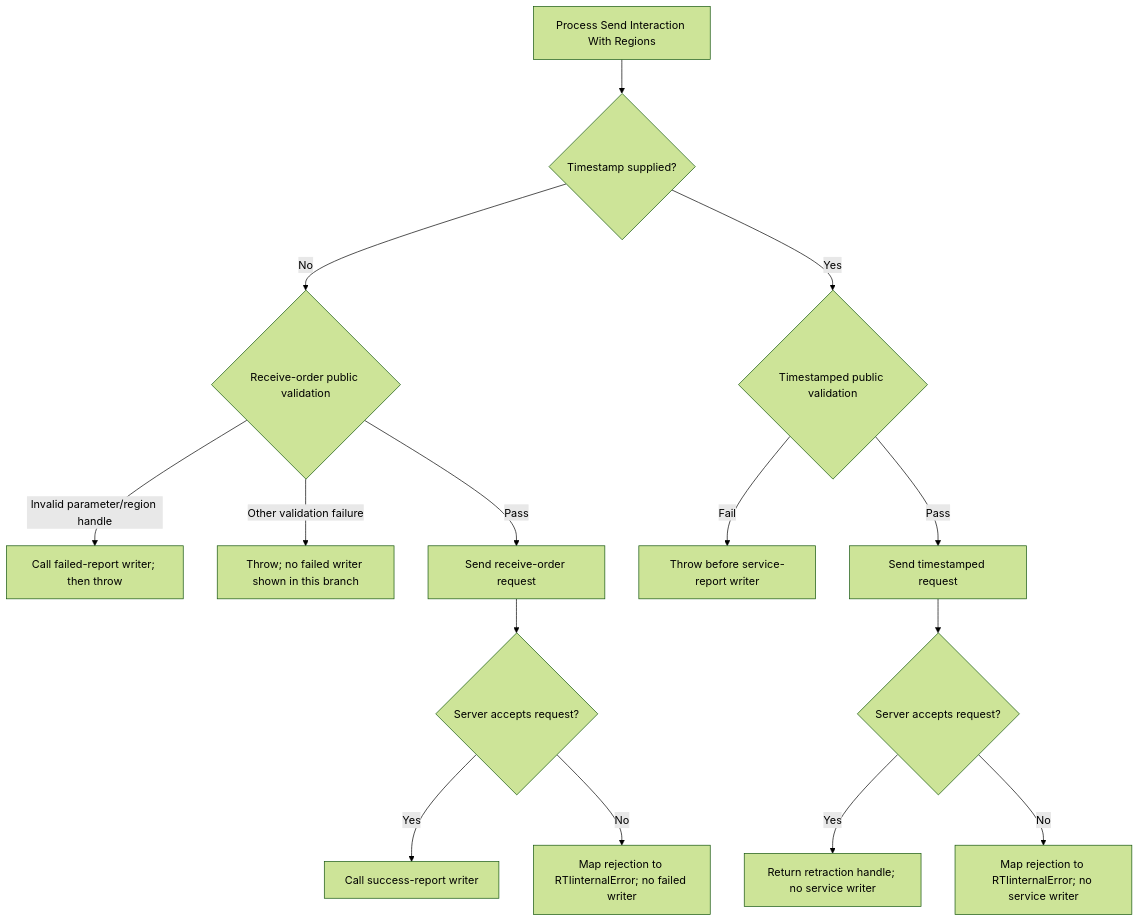
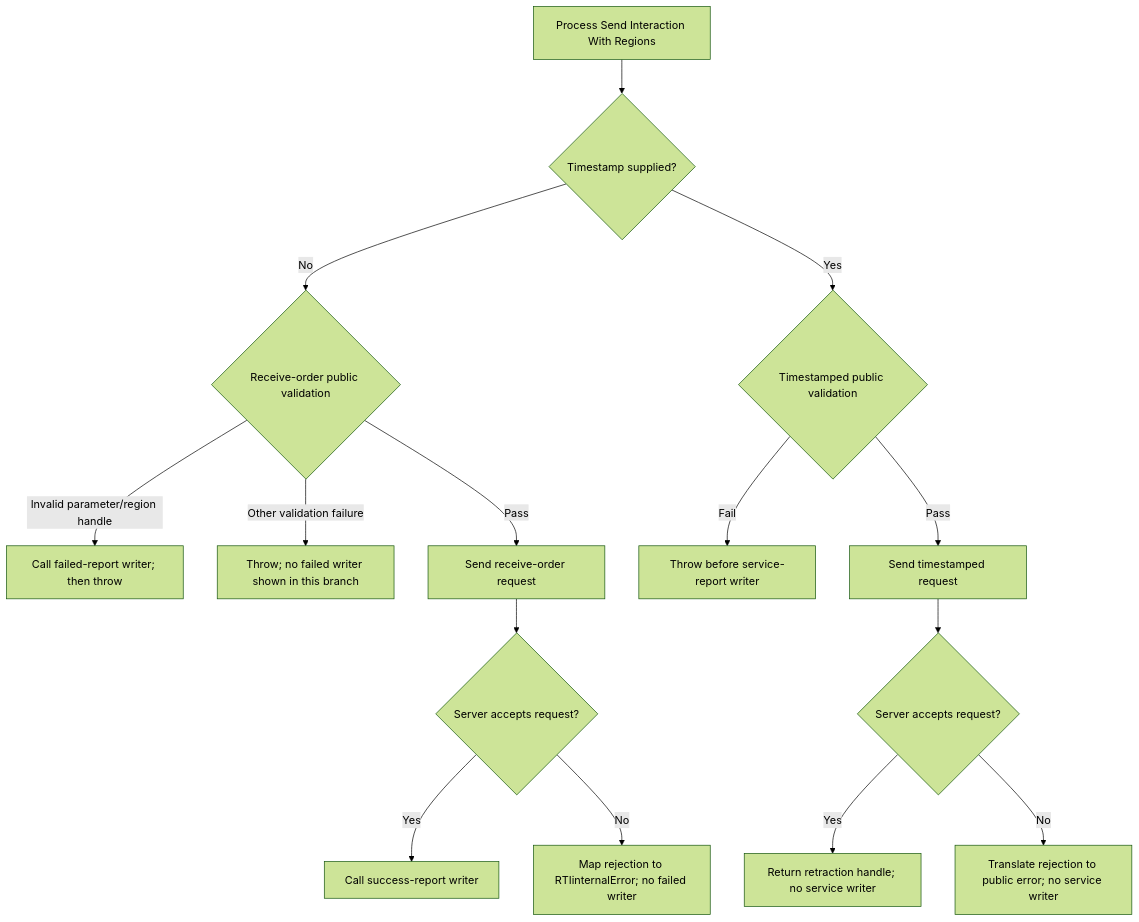
One commit to sheepfling/umbra changed the tenth of 17 diagrams in docs/design/HLA-2025-SERVICE-INVOCATION-REPORTING-FLOW-GUIDE.md. Above: the diagram before and after it, drawn with Mermaid (forest theme). The commit also changed other lines of this file and 21 other files, not shown here.

Commit message:
docs: publish 2025 HLA flow guide update

````diff
--- a/docs/design/HLA-2025-SERVICE-INVOCATION-REPORTING-FLOW-GUIDE.md
+++ b/docs/design/HLA-2025-SERVICE-INVOCATION-REPORTING-FLOW-GUIDE.md
@@ -494,17 +804,17 @@
 ```mermaid
 flowchart TD
   A[Process Send Interaction With Regions] --> B{Timestamp supplied?}
   B -->|No| C{Receive-order public validation}
   C -->|Invalid parameter/region handle| D[Call failed-report writer; then throw]
   C -->|Other validation failure| E[Throw; no failed writer shown in this branch]
   C -->|Pass| F[Send receive-order request]
   F --> G{Server accepts request?}
   G -->|Yes| H[Call success-report writer]
   G -->|No| I[Map rejection to RTIinternalError; no failed writer]
   B -->|Yes| J{Timestamped public validation}
   J -->|Fail| K[Throw before service-report writer]
   J -->|Pass| L[Send timestamped request]
   L --> M{Server accepts request?}
   M -->|Yes| N[Return retraction handle; no service writer]
-  M -->|No| O[Map rejection to RTIinternalError; no service writer]
+  M -->|No| O[Translate rejection to public error; no service writer]
 ```
````
